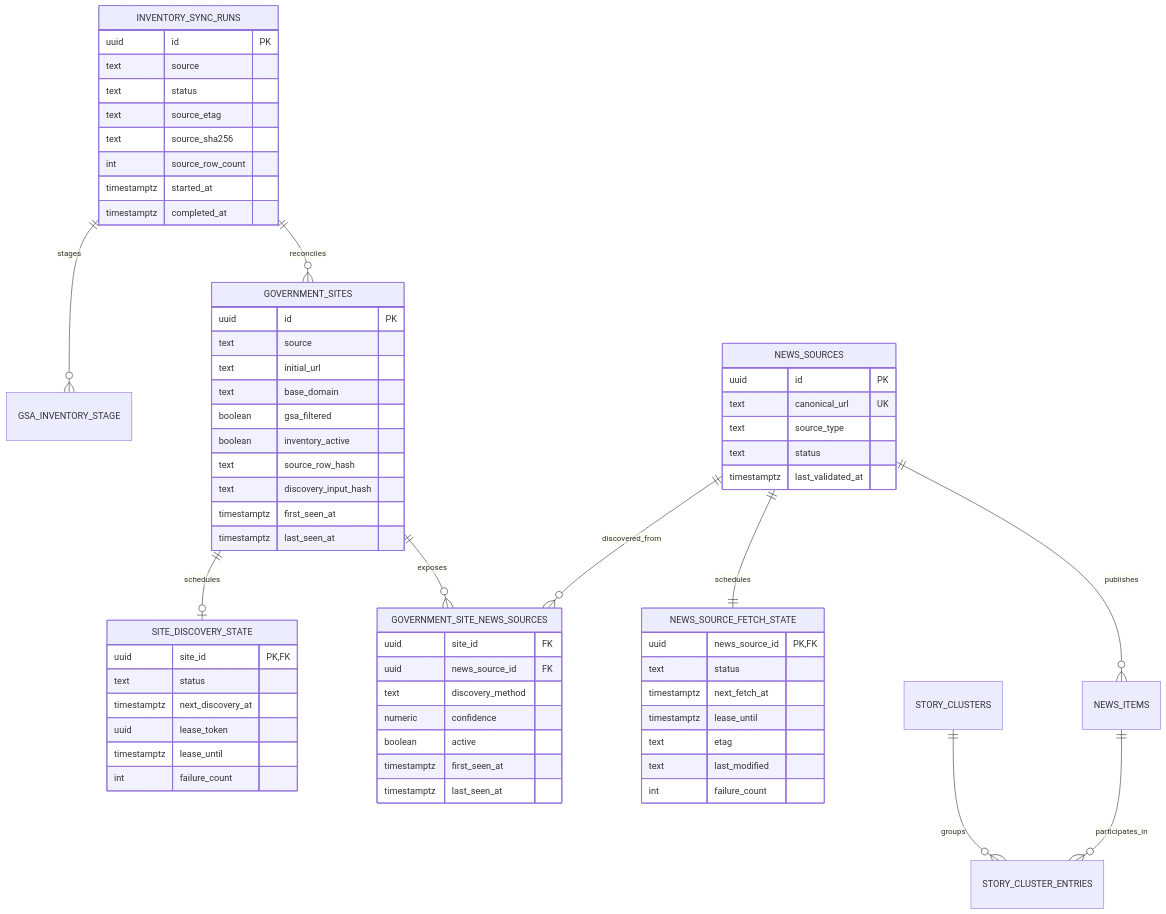
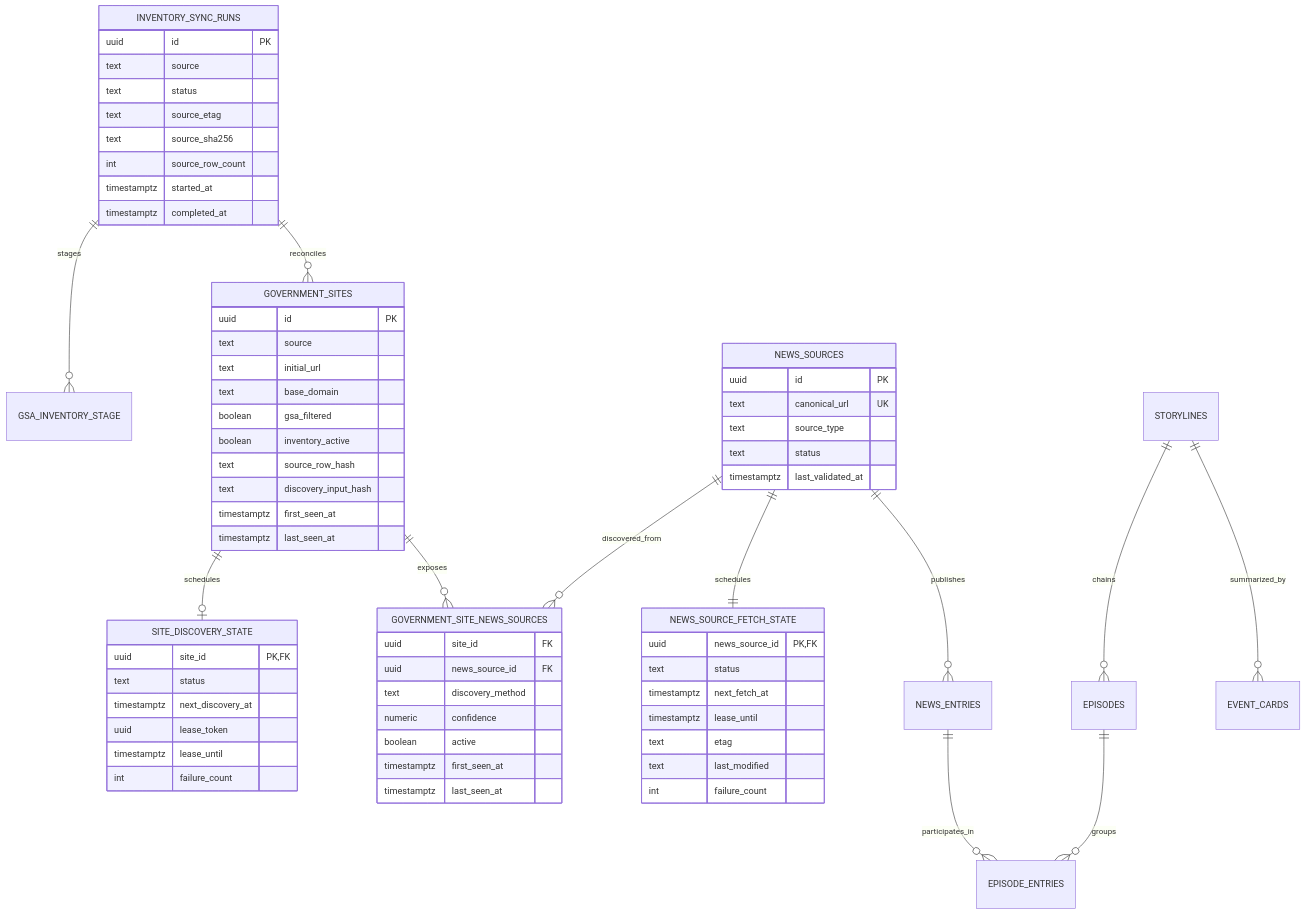
One commit to Vincen-Le/dot-gov-news-pipeline changed the third of 3 diagrams in architecture.md. Above: the diagram before and after it, drawn with Mermaid. The commit also changed other lines of this file and 27 other files, not shown here.

````diff
--- a/architecture.md
+++ b/architecture.md
@@ -582,73 +648,75 @@
 ```mermaid
 erDiagram
     INVENTORY_SYNC_RUNS ||--o{ GSA_INVENTORY_STAGE : stages
     INVENTORY_SYNC_RUNS ||--o{ GOVERNMENT_SITES : reconciles
     GOVERNMENT_SITES ||--o| SITE_DISCOVERY_STATE : schedules
     GOVERNMENT_SITES ||--o{ GOVERNMENT_SITE_NEWS_SOURCES : exposes
     NEWS_SOURCES ||--o{ GOVERNMENT_SITE_NEWS_SOURCES : discovered_from
     NEWS_SOURCES ||--|| NEWS_SOURCE_FETCH_STATE : schedules
-    NEWS_SOURCES ||--o{ NEWS_ITEMS : publishes
-    STORY_CLUSTERS ||--o{ STORY_CLUSTER_ENTRIES : groups
-    NEWS_ITEMS ||--o{ STORY_CLUSTER_ENTRIES : participates_in
+    NEWS_SOURCES ||--o{ NEWS_ENTRIES : publishes
+    STORYLINES ||--o{ EPISODES : chains
+    EPISODES ||--o{ EPISODE_ENTRIES : groups
+    NEWS_ENTRIES ||--o{ EPISODE_ENTRIES : participates_in
+    STORYLINES ||--o{ EVENT_CARDS : summarized_by
 
     INVENTORY_SYNC_RUNS {
         uuid id PK
         text source
         text status
         text source_etag
         text source_sha256
         int source_row_count
         timestamptz started_at
         timestamptz completed_at
     }
 
     GOVERNMENT_SITES {
         uuid id PK
         text source
         text initial_url
         text base_domain
         boolean gsa_filtered
         boolean inventory_active
         text source_row_hash
         text discovery_input_hash
         timestamptz first_seen_at
         timestamptz last_seen_at
     }
 
     SITE_DISCOVERY_STATE {
         uuid site_id PK,FK
         text status
         timestamptz next_discovery_at
         uuid lease_token
         timestamptz lease_until
         int failure_count
     }
 
     NEWS_SOURCES {
         uuid id PK
         text canonical_url UK
         text source_type
         text status
         timestamptz last_validated_at
     }
 
     GOVERNMENT_SITE_NEWS_SOURCES {
         uuid site_id FK
         uuid news_source_id FK
         text discovery_method
         numeric confidence
         boolean active
         timestamptz first_seen_at
         timestamptz last_seen_at
     }
 
     NEWS_SOURCE_FETCH_STATE {
         uuid news_source_id PK,FK
         text status
         timestamptz next_fetch_at
         timestamptz lease_until
         text etag
         text last_modified
         int failure_count
     }
 ```
````
